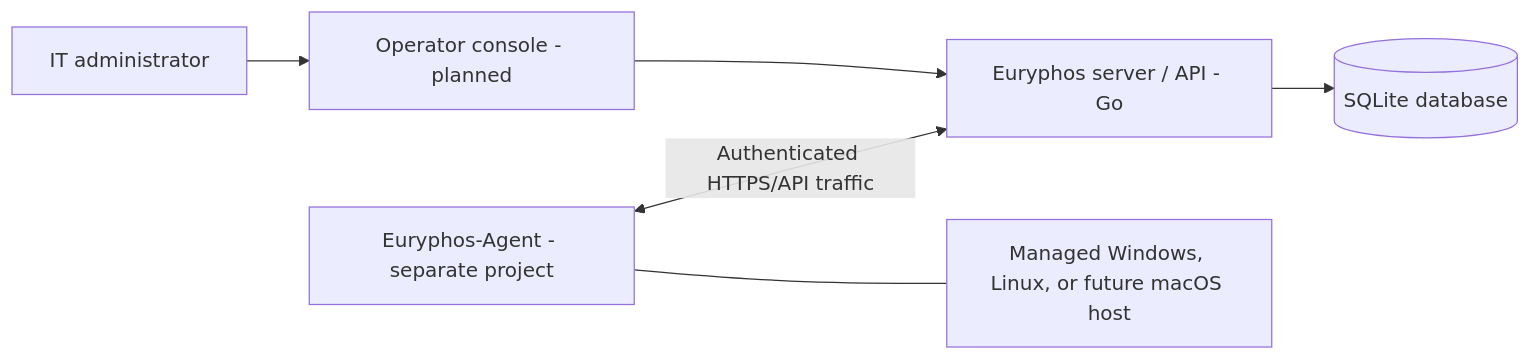
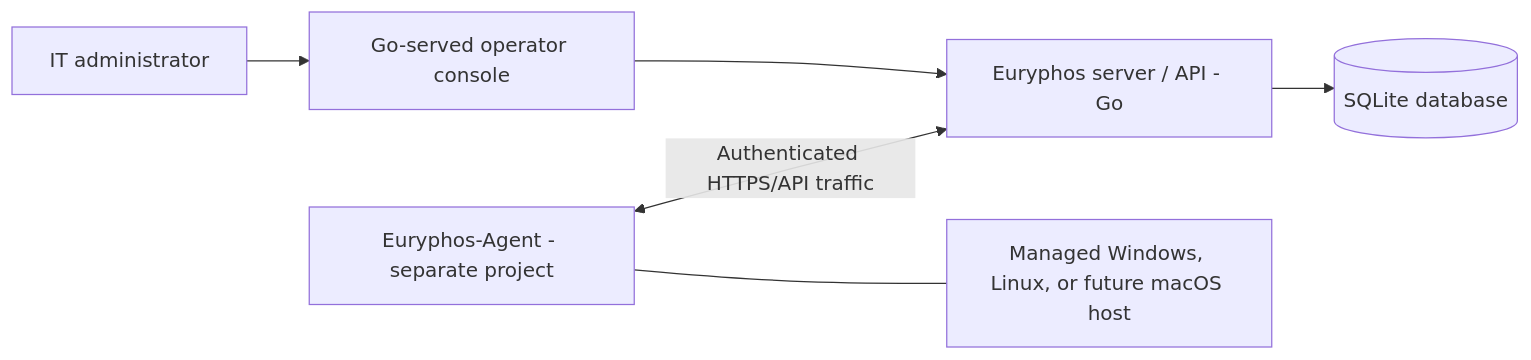
The diagram in README.md (gitarman94/Euryphos), drawn with Mermaid before and after one commit. The commit also changed other lines of this file, not shown here.

Commit message:
Correct console architecture and scope in README

````diff
--- a/README.md
+++ b/README.md
@@ -36,8 +36,8 @@
 ```mermaid
 flowchart LR
-    Admin[IT administrator] --> UI[Operator console - planned]
+    Admin[IT administrator] --> UI[Go-served operator console]
     UI --> API[Euryphos server / API - Go]
     Agent[Euryphos-Agent - separate project] <-->|Authenticated HTTPS/API traffic| API
     API --> DB[(SQLite database)]
     Agent --- Host[Managed Windows, Linux, or future macOS host]
 ```
````
